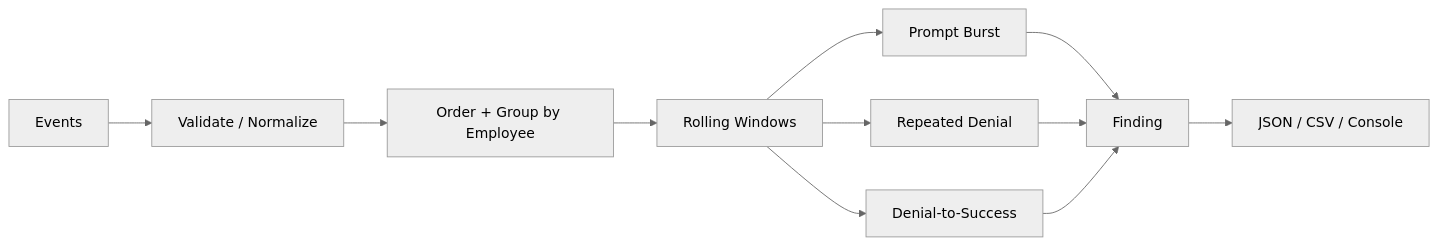
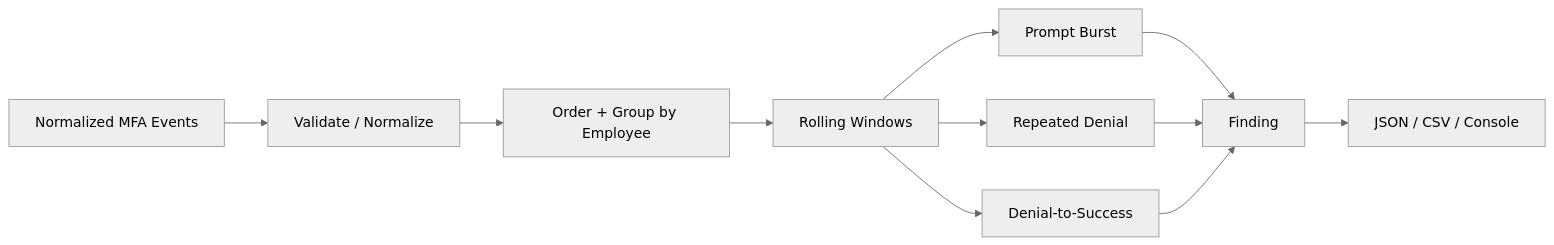
Before and after one commit to iam-governance-lab/AC-2-Identity-access-governance-for-a-high-turnover-care-workforce-security-led-: the second of 2 diagrams in services/Sunhaven MFA Fatigue Attack Analyzer/docs/architecture-and-design.md, drawn with Mermaid (neutral theme). The commit also changed other lines of this file, not shown here.

Commit message:
Update SMFAA architecture for live Graph integration

````diff
--- a/services/Sunhaven MFA Fatigue Attack Analyzer/docs/architecture-and-design.md
+++ b/services/Sunhaven MFA Fatigue Attack Analyzer/docs/architecture-and-design.md
@@ -27,13 +29,13 @@
 ```mermaid
 flowchart LR
-    A["Events"] --> B["Validate / Normalize"]
+    A["Normalized MFA Events"] --> B["Validate / Normalize"]
     B --> C["Order + Group by Employee"]
     C --> D["Rolling Windows"]
     D --> E1["Prompt Burst"]
     D --> E2["Repeated Denial"]
     D --> E3["Denial-to-Success"]
     E1 --> F["Finding"]
     E2 --> F
     E3 --> F
     F --> G["JSON / CSV / Console"]
 ```
````
